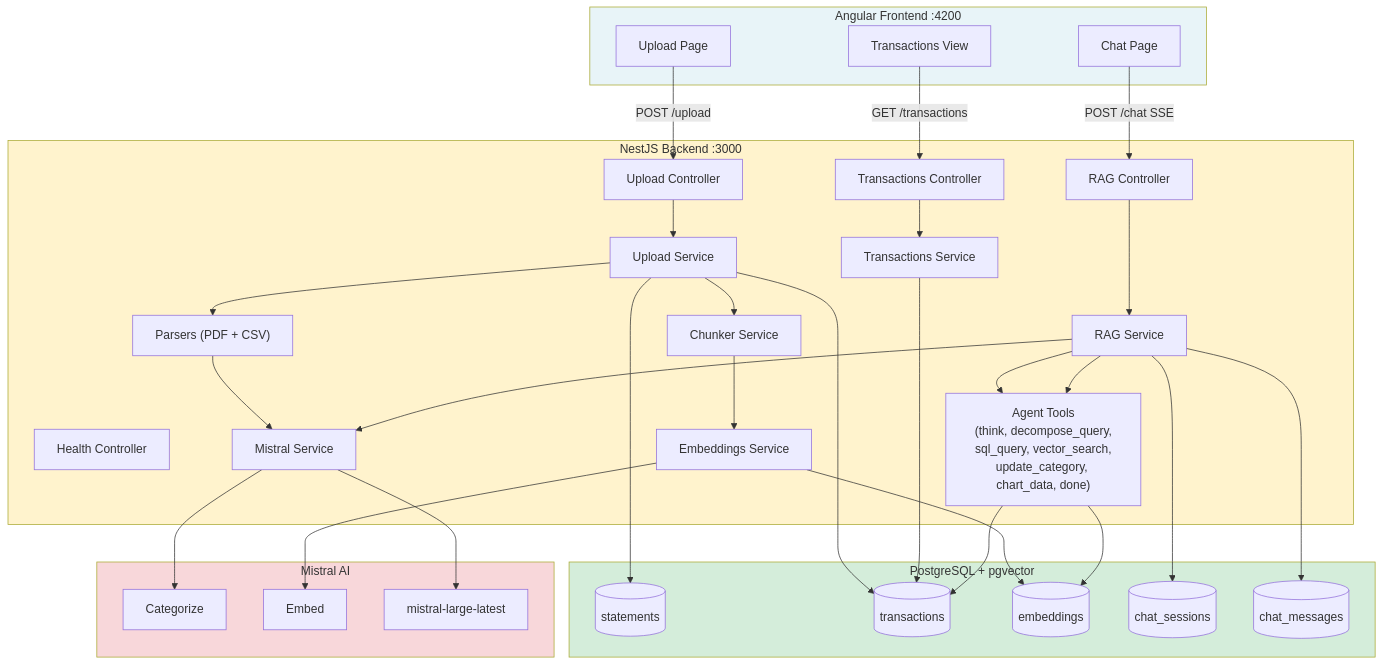
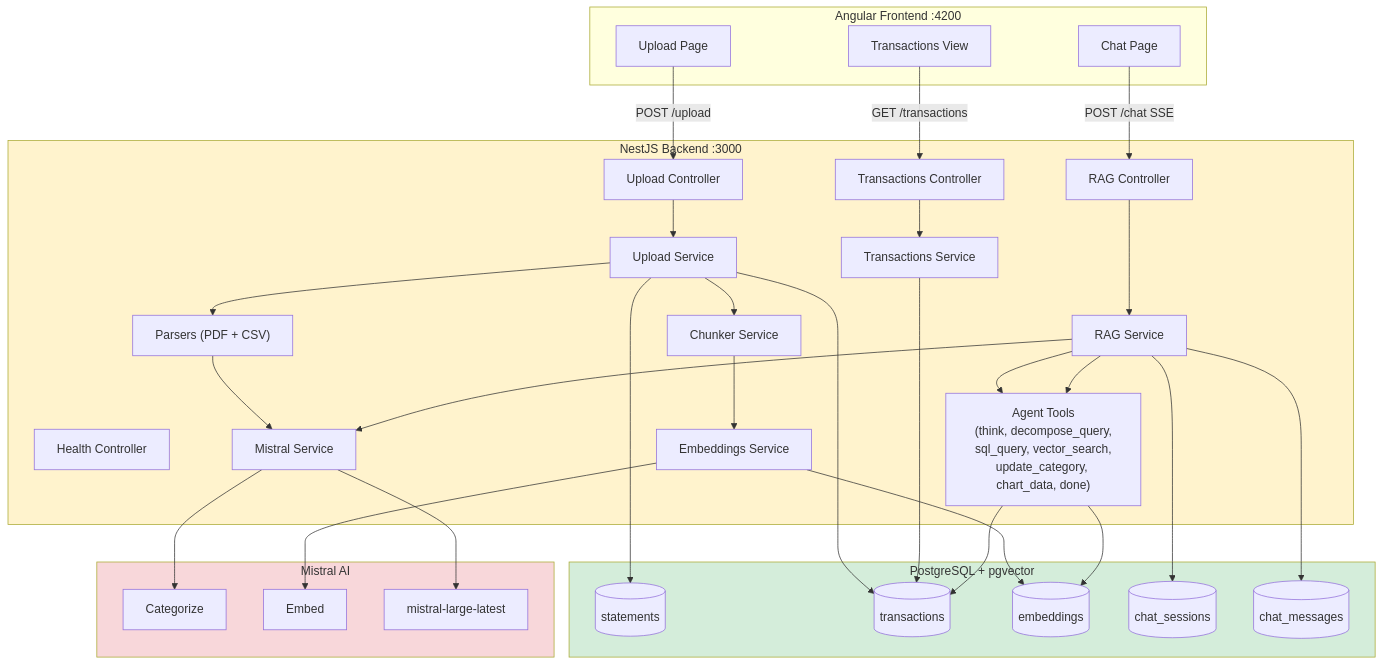
Before and after one commit to darth-dodo/ledger: the diagram in README.md, drawn with Mermaid.

Commit message:
docs: update README for M5 RAG chat and adaptive query decomposition
- Bump test count to 329 (275 backend + 54 frontend)
- Add Vercel AI SDK v6 and ReAct agent badges
- Expand features table with 4 new agentic features
- Update architecture diagram to include Chat page, RAG controller/service, and agent tools
- Update tech stack and project structure for RAG module
- Update coverage numbers and documentation links

````diff
--- a/README.md
+++ b/README.md
@@ -57,59 +57,65 @@
 ```mermaid
 graph TB
+    subgraph Frontend ["Angular Frontend :4200"]
+        UP[Upload Page]
+        TX[Transactions View]
+        CH[Chat Page]
+    end
+
     subgraph Frontend ["Angular Frontend :4200"]
         UP[Upload Page]
         TX[Transactions View]
         CH[Chat Page]
     end
 
     subgraph Backend ["NestJS Backend :3000"]
         UC[Upload Controller]
         TC[Transactions Controller]
         RC[RAG Controller]
         HC[Health Controller]
 
         US[Upload Service]
         PS["Parsers (PDF + CSV)"]
         MS[Mistral Service]
         CS[Chunker Service]
         ES[Embeddings Service]
         TS[Transactions Service]
         RS[RAG Service]
         AG["Agent Tools\n(think, decompose_query,\nsql_query, vector_search,\nupdate_category, chart_data, done)"]
     end
 
     subgraph Data ["PostgreSQL + pgvector"]
         ST[(statements)]
         TT[(transactions)]
         EM[(embeddings)]
         SS[(chat_sessions)]
         SM[(chat_messages)]
     end
 
     subgraph External ["Mistral AI"]
         CAT[Categorize]
         EMB[Embed]
         LLM[mistral-large-latest]
     end
 
     UP -->|POST /upload| UC
     TX -->|GET /transactions| TC
     CH -->|POST /chat SSE| RC
 
     UC --> US --> PS --> MS --> CAT
     US --> CS --> ES --> EMB
     US --> ST
     US --> TT
     ES --> EM
     TC --> TS --> TT
     RC --> RS --> MS --> LLM
     RS --> AG --> TT
     RS --> AG --> EM
     RS --> SS
     RS --> SM
 
     style Frontend fill:#e8f4f8
     style Backend fill:#fff3cd
     style Data fill:#d4edda
     style External fill:#f8d7da
 ```
````
